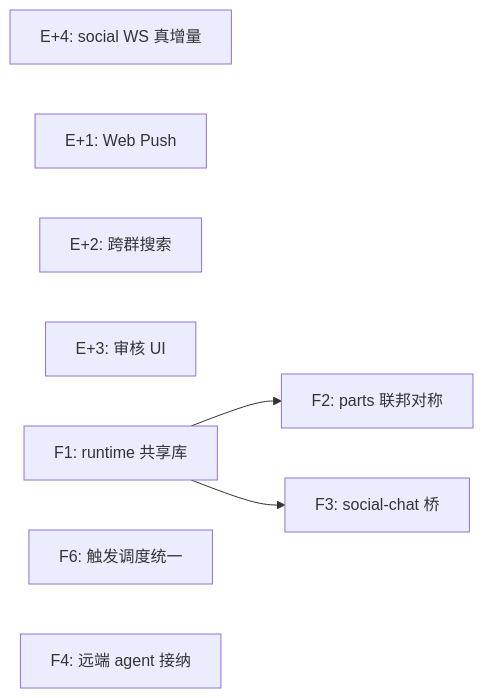
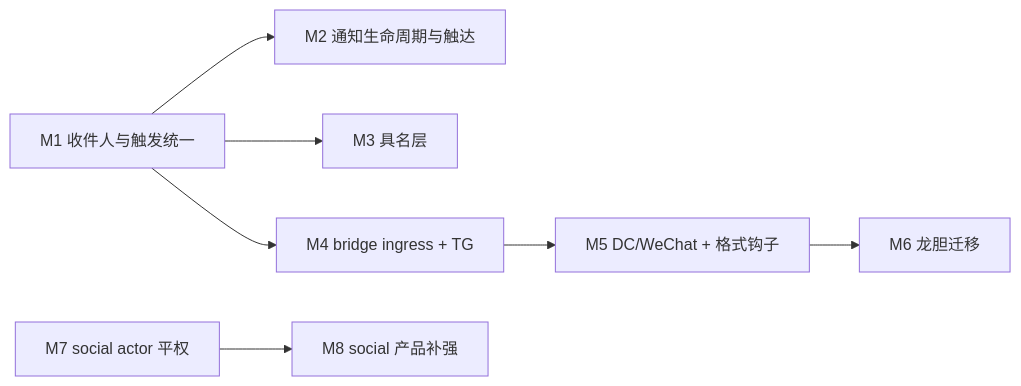
Before and after one commit to steve02081504/fount: the diagram in docs/design/chat-social-dev-plan.md, drawn with Mermaid. The commit also changed other lines of this file and 1 other file, not shown here.

````diff
--- a/docs/design/chat-social-dev-plan.md
+++ b/docs/design/chat-social-dev-plan.md
@@ -130,12 +509,10 @@
 ```mermaid
 graph LR
-	E4[E+4: social WS 真增量]
-	E1[E+1: Web Push]
-	E2[E+2: 跨群搜索]
-	E3[E+3: 审核 UI]
-	F1[F1: runtime 共享库]
-	F6[F6: 触发调度统一]
-	F1 --> F2[F2: parts 联邦对称]
-	F1 --> F3[F3: social-chat 桥]
-	F4[F4: 远端 agent 接纳]
+  M1[M1 收件人与触发统一] --> M2[M2 通知生命周期与触达]
+  M1 --> M3[M3 具名层]
+  M1 --> M4[M4 bridge ingress + TG]
+  M4 --> M5[M5 DC/WeChat + 格式钩子]
+  M5 --> M6[M6 龙胆迁移]
+  M7[M7 social actor 平权]
+  M7 --> M8[M8 social 产品补强]
 ```
````
